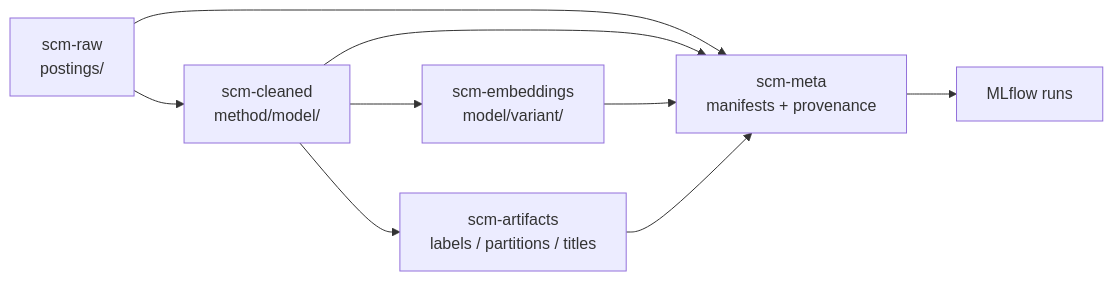
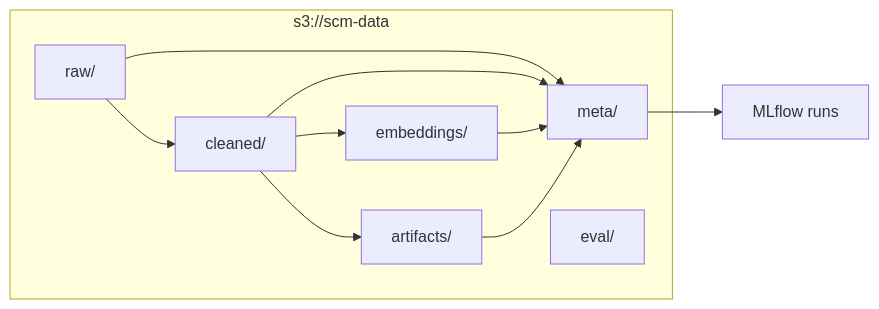
Before and after one commit to moonuel/semantic-career-map: the diagram in docs/architecture/data-layout.md, drawn with Mermaid. The commit also changed other lines of this file and 2 other files, not shown here.

````diff
--- a/docs/architecture/data-layout.md
+++ b/docs/architecture/data-layout.md
@@ -21,11 +23,19 @@
 ```mermaid
 flowchart LR
-    raw["scm-raw<br/>postings/"] --> clean["scm-cleaned<br/>method/model/"]
-    clean --> emb["scm-embeddings<br/>model/variant/"]
-    clean --> art["scm-artifacts<br/>labels / partitions / titles"]
-    raw --> meta["scm-meta<br/>manifests + provenance"]
+    subgraph B["s3://scm-data"]
+        raw["raw/"]
+        clean["cleaned/"]
+        art["artifacts/"]
+        emb["embeddings/"]
+        meta["meta/"]
+        ev["eval/"]
+    end
+    raw --> clean
+    clean --> emb
+    clean --> art
+    raw --> meta
     clean --> meta
     emb --> meta
     art --> meta
     meta --> mlflow["MLflow runs"]
 ```
````
